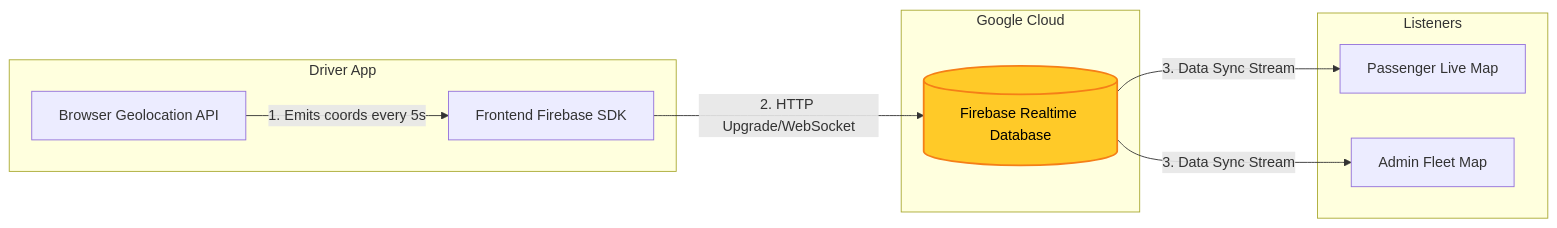
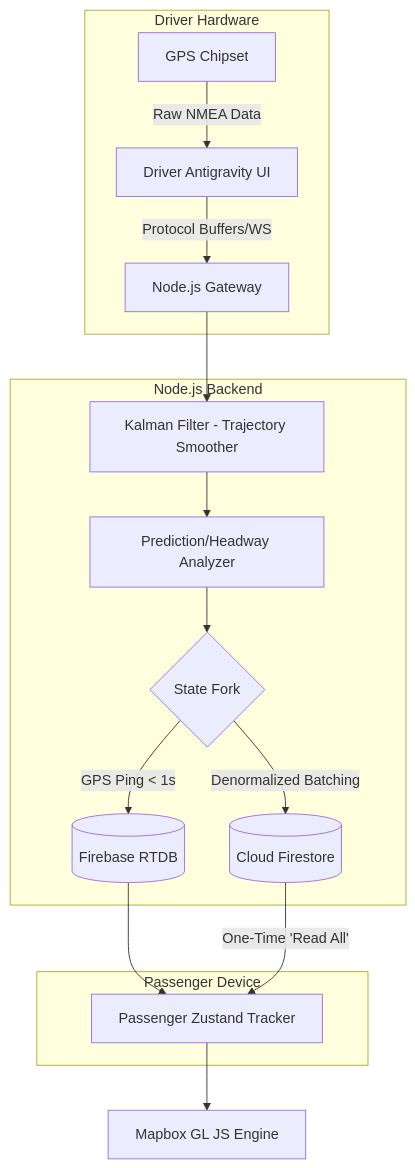
One commit to AryanPatelOnGIT/Bus_Track changed the first of 2 diagrams in README.md. Above: the diagram before and after it, drawn with Mermaid. The commit also changed other lines of this file and 19 other files, not shown here.

Commit message:
feat: Optimize buzzer logic, fix DriverMap crash, and enhance mobile UI/UX

````diff
--- a/README.md
+++ b/README.md
@@ -240,23 +30,27 @@
 ```mermaid
-graph LR
-    subgraph Client [Driver App]
-        GPS1[Browser Geolocation API]
-        GPS1 -->|1. Emits coords every 5s| DBClient[Frontend Firebase SDK]
+graph TD
+    subgraph Driver Hardware
+        GPS[GPS Chipset] -->|Raw NMEA Data| D[Driver Antigravity UI]
+        D -->|Protocol Buffers/WS| IO[Node.js Gateway]
     end
 
-    subgraph Firebase [Google Cloud]
-        RTDB[( Firebase Realtime Database )]
+    subgraph Node.js Backend 
+        IO --> KF[Kalman Filter - Trajectory Smoother]
+        KF --> ML[Prediction/Headway Analyzer]
+        ML --> S{State Fork}
+        
+        %% Real-Time Ephemeral Path
+        S -->|GPS Ping < 1s| RTDB[(Firebase RTDB)]
+        
+        %% Persistence Path
+        S -->|Denormalized Batching| FS[(Cloud Firestore)]
     end
 
-    subgraph Subscribers [Listeners]
-        PApp[Passenger Live Map]
-        AApp[Admin Fleet Map]
+    subgraph Passenger Device
+        RTDB --> P[Passenger Zustand Tracker]
+        FS -->|One-Time 'Read All'| P
     end
 
-    DBClient -->|2. HTTP Upgrade/WebSocket| RTDB
-    
-    RTDB -->|3. Data Sync Stream| PApp
-    RTDB -->|3. Data Sync Stream| AApp
-
-    style RTDB fill:#ffca28,stroke:#f57f17,stroke-width:2px,color:black
+    %% WebGL Map Rendering
+    P --> MGL[Mapbox GL JS Engine]
 ```
````
